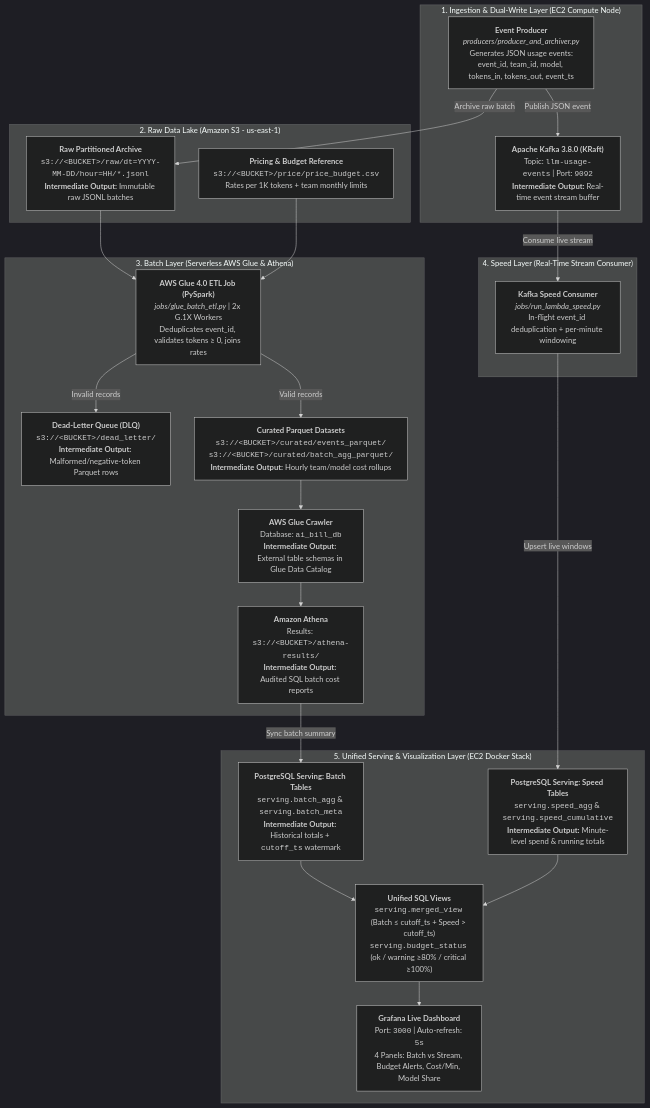
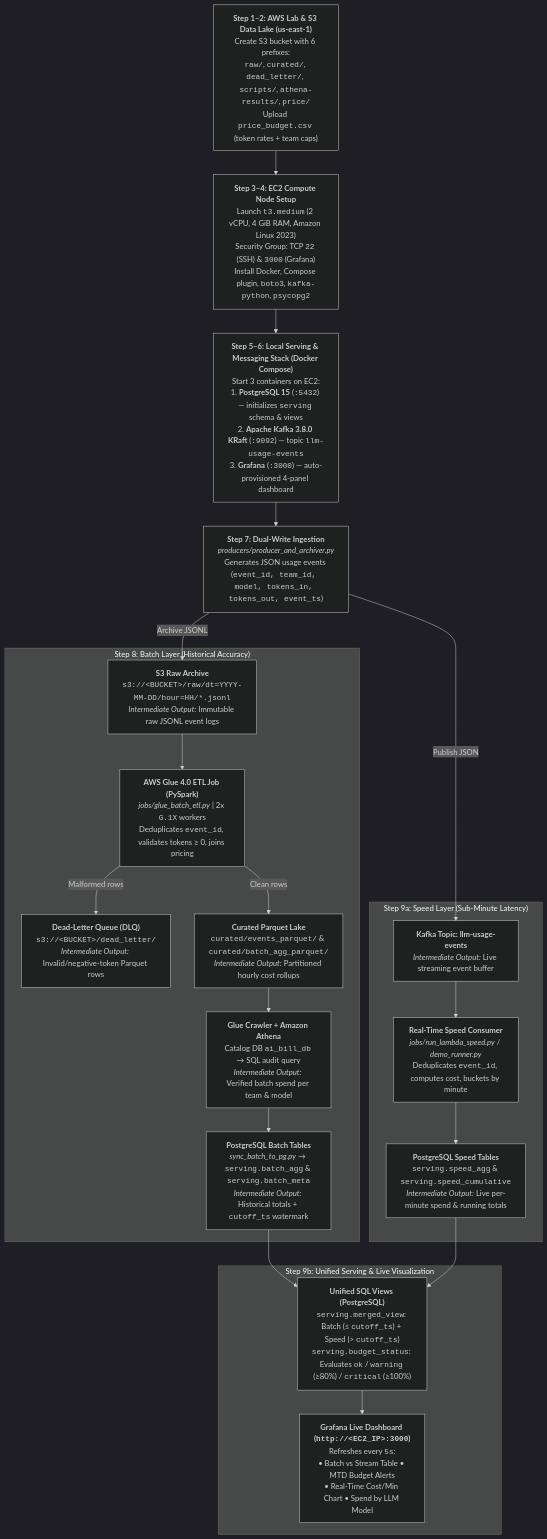
Before and after one commit to JharnaSaxena/ai-bill-analytics: the diagram in AWS_readme.md, drawn with Mermaid (dark theme).

Commit message:
Revise architecture flowchart in AWS_readme.md
Updated flowchart to reflect changes in architecture and processing steps.

````diff
--- a/AWS_readme.md
+++ b/AWS_readme.md
@@ -14,52 +14,47 @@
 ```mermaid
 flowchart TD
-    %% Ingestion Layer
-    subgraph INGEST["1. Ingestion & Dual-Write Layer (EC2 Compute Node)"]
-        GEN["<b>Event Producer</b><br/><i>producers/producer_and_archiver.py</i><br/>Generates JSON usage events:<br/>event_id, team_id, model, tokens_in, tokens_out, event_ts"]
-        KAFKA["<b>Apache Kafka 3.8.0 (KRaft)</b><br/>Topic: <code>llm-usage-events</code> | Port: <code>9092</code><br/><b>Intermediate Output:</b> Real-time event stream buffer"]
-        GEN -->|Publish JSON event| KAFKA
+    S1["<b>Step 1–2: AWS Lab & S3 Data Lake (us-east-1)</b><br/>Create S3 bucket with 6 prefixes:<br/><code>raw/</code>, <code>curated/</code>, <code>dead_letter/</code>, <code>scripts/</code>, <code>athena-results/</code>, <code>price/</code><br/>Upload <code>price_budget.csv</code> (token rates + team caps)"]
+
+    S2["<b>Step 3–4: EC2 Compute Node Setup</b><br/>Launch <code>t3.medium</code> (2 vCPU, 4 GiB RAM, Amazon Linux 2023)<br/>Security Group: TCP <code>22</code> (SSH) &amp; <code>3000</code> (Grafana)<br/>Install Docker, Compose plugin, <code>boto3</code>, <code>kafka-python</code>, <code>psycopg2</code>"]
+
+    S3["<b>Step 5–6: Local Serving &amp; Messaging Stack (Docker Compose)</b><br/>Start 3 containers on EC2:<br/>1. <b>PostgreSQL 15</b> (<code>:5432</code>) — initializes <code>serving</code> schema &amp; views<br/>2. <b>Apache Kafka 3.8.0 KRaft</b> (<code>:9092</code>) — topic <code>llm-usage-events</code><br/>3. <b>Grafana</b> (<code>:3000</code>) — auto-provisioned 4-panel dashboard"]
+
+    S4["<b>Step 7: Dual-Write Ingestion</b><br/><i>producers/producer_and_archiver.py</i><br/>Generates JSON usage events (<code>event_id, team_id, model, tokens_in, tokens_out, event_ts</code>)"]
+
+    S1 --> S2 --> S3 --> S4
+
+    subgraph BATCH["Step 8: Batch Layer (Historical Accuracy)"]
+        B1["<b>S3 Raw Archive</b><br/><code>s3://&lt;BUCKET&gt;/raw/dt=YYYY-MM-DD/hour=HH/*.jsonl</code><br/><i>Intermediate Output:</i> Immutable raw JSONL event logs"]
+        B2["<b>AWS Glue 4.0 ETL Job (PySpark)</b><br/><i>jobs/glue_batch_etl.py</i> | 2x <code>G.1X</code> workers<br/>Deduplicates <code>event_id</code>, validates tokens &ge; 0, joins pricing"]
+        B3["<b>Dead-Letter Queue (DLQ)</b><br/><code>s3://&lt;BUCKET&gt;/dead_letter/</code><br/><i>Intermediate Output:</i> Invalid/negative-token Parquet rows"]
+        B4["<b>Curated Parquet Lake</b><br/><code>curated/events_parquet/</code> &amp; <code>curated/batch_agg_parquet/</code><br/><i>Intermediate Output:</i> Partitioned hourly cost rollups"]
+        B5["<b>Glue Crawler + Amazon Athena</b><br/>Catalog DB <code>ai_bill_db</code> &rarr; SQL audit query<br/><i>Intermediate Output:</i> Verified batch spend per team &amp; model"]
+        B6["<b>PostgreSQL Batch Tables</b><br/><i>sync_batch_to_pg.py</i> &rarr; <code>serving.batch_agg</code> &amp; <code>serving.batch_meta</code><br/><i>Intermediate Output:</i> Historical totals + <code>cutoff_ts</code> watermark"]
+
+        B1 --> B2
+        B2 -->|Malformed rows| B3
+        B2 -->|Clean rows| B4
+        B4 --> B5 --> B6
     end
 
-    %% Raw Storage
-    subgraph S3_RAW["2. Raw Data Lake (Amazon S3 - us-east-1)"]
-        RAW_OBJ["<b>Raw Partitioned Archive</b><br/><code>s3://&lt;BUCKET&gt;/raw/dt=YYYY-MM-DD/hour=HH/*.jsonl</code><br/><b>Intermediate Output:</b> Immutable raw JSONL batches"]
-        PRICE_OBJ["<b>Pricing & Budget Reference</b><br/><code>s3://&lt;BUCKET&gt;/price/price_budget.csv</code><br/>Rates per 1K tokens + team monthly limits"]
-        GEN -->|Archive raw batch| RAW_OBJ
+    subgraph SPEED["Step 9a: Speed Layer (Sub-Minute Latency)"]
+        SP1["<b>Kafka Topic: llm-usage-events</b><br/><i>Intermediate Output:</i> Live streaming event buffer"]
+        SP2["<b>Real-Time Speed Consumer</b><br/><i>jobs/run_lambda_speed.py</i> / <i>demo_runner.py</i><br/>Deduplicates <code>event_id</code>, computes cost, buckets by minute"]
+        SP3["<b>PostgreSQL Speed Tables</b><br/><code>serving.speed_agg</code> &amp; <code>serving.speed_cumulative</code><br/><i>Intermediate Output:</i> Live per-minute spend &amp; running totals"]
+
+        SP1 --> SP2 --> SP3
     end
 
-    %% Batch Layer
-    subgraph BATCH["3. Batch Layer (Serverless AWS Glue & Athena)"]
-        GLUE_JOB["<b>AWS Glue 4.0 ETL Job (PySpark)</b><br/><i>jobs/glue_batch_etl.py</i> | 2x G.1X Workers<br/>Deduplicates event_id, validates tokens &ge; 0, joins rates"]
-        DLQ["<b>Dead-Letter Queue (DLQ)</b><br/><code>s3://&lt;BUCKET&gt;/dead_letter/</code><br/><b>Intermediate Output:</b> Malformed/negative-token Parquet rows"]
-        CURATED["<b>Curated Parquet Datasets</b><br/><code>s3://&lt;BUCKET&gt;/curated/events_parquet/</code><br/><code>s3://&lt;BUCKET&gt;/curated/batch_agg_parquet/</code><br/><b>Intermediate Output:</b> Hourly team/model cost rollups"]
-        CRAWLER["<b>AWS Glue Crawler</b><br/>Database: <code>ai_bill_db</code><br/><b>Intermediate Output:</b> External table schemas in Glue Data Catalog"]
-        ATHENA["<b>Amazon Athena</b><br/>Results: <code>s3://&lt;BUCKET&gt;/athena-results/</code><br/><b>Intermediate Output:</b> Audited SQL batch cost reports"]
+    S4 -->|Archive JSONL| B1
+    S4 -->|Publish JSON| SP1
 
-        RAW_OBJ --> GLUE_JOB
-        PRICE_OBJ --> GLUE_JOB
-        GLUE_JOB -->|Invalid records| DLQ
-        GLUE_JOB -->|Valid records| CURATED
-        CURATED --> CRAWLER
-        CRAWLER --> ATHENA
+    subgraph SERVE["Step 9b: Unified Serving &amp; Live Visualization"]
+        V1["<b>Unified SQL Views (PostgreSQL)</b><br/><code>serving.merged_view</code>: Batch (&le; <code>cutoff_ts</code>) + Speed (&gt; <code>cutoff_ts</code>)<br/><code>serving.budget_status</code>: Evaluates <code>ok</code> / <code>warning</code> (&ge;80%) / <code>critical</code> (&ge;100%)"]
+        V2["<b>Grafana Live Dashboard (<code>http://&lt;EC2_IP&gt;:3000</code>)</b><br/>Refreshes every <code>5s</code>:<br/>&bull; Batch vs Stream Table &bull; MTD Budget Alerts<br/>&bull; Real-Time Cost/Min Chart &bull; Spend by LLM Model"]
+
+        V1 --> V2
     end
 
-    %% Speed Layer
-    subgraph SPEED["4. Speed Layer (Real-Time Stream Consumer)"]
-        CONSUMER["<b>Kafka Speed Consumer</b><br/><i>jobs/run_lambda_speed.py</i><br/>In-flight event_id deduplication + per-minute windowing"]
-        KAFKA -->|Consume live stream| CONSUMER
-    end
-
-    %% Serving & Visualization
-    subgraph SERVING["5. Unified Serving & Visualization Layer (EC2 Docker Stack)"]
-        PG_BATCH["<b>PostgreSQL Serving: Batch Tables</b><br/><code>serving.batch_agg</code> &amp; <code>serving.batch_meta</code><br/><b>Intermediate Output:</b> Historical totals + <code>cutoff_ts</code> watermark"]
-        PG_SPEED["<b>PostgreSQL Serving: Speed Tables</b><br/><code>serving.speed_agg</code> &amp; <code>serving.speed_cumulative</code><br/><b>Intermediate Output:</b> Minute-level spend &amp; running totals"]
-        VIEWS["<b>Unified SQL Views</b><br/><code>serving.merged_view</code> (Batch &le; cutoff_ts + Speed &gt; cutoff_ts)<br/><code>serving.budget_status</code> (ok / warning &ge;80% / critical &ge;100%)"]
-        GRAFANA["<b>Grafana Live Dashboard</b><br/>Port: <code>3000</code> | Auto-refresh: <code>5s</code><br/>4 Panels: Batch vs Stream, Budget Alerts, Cost/Min, Model Share"]
-
-        ATHENA -->|Sync batch summary| PG_BATCH
-        CONSUMER -->|Upsert live windows| PG_SPEED
-        PG_BATCH --> VIEWS
-        PG_SPEED --> VIEWS
-        VIEWS --> GRAFANA
-    end
+    B6 --> V1
+    SP3 --> V1
 ```
````
